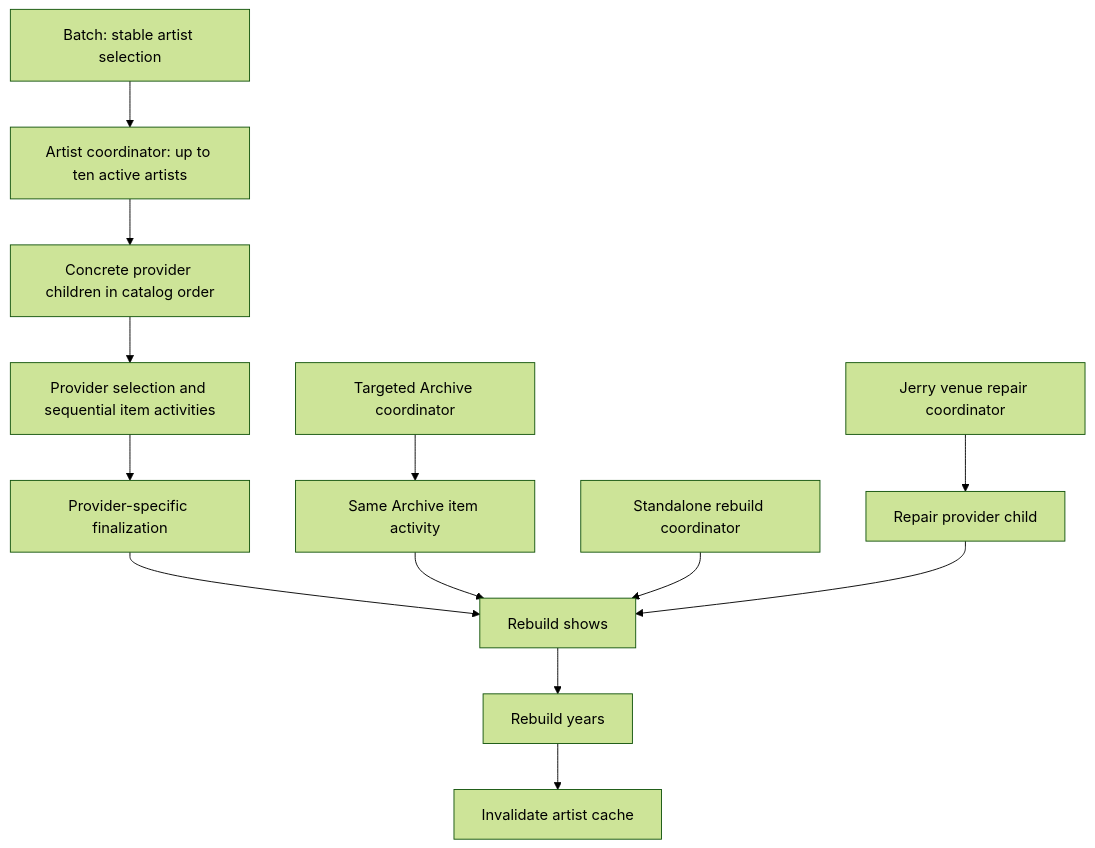
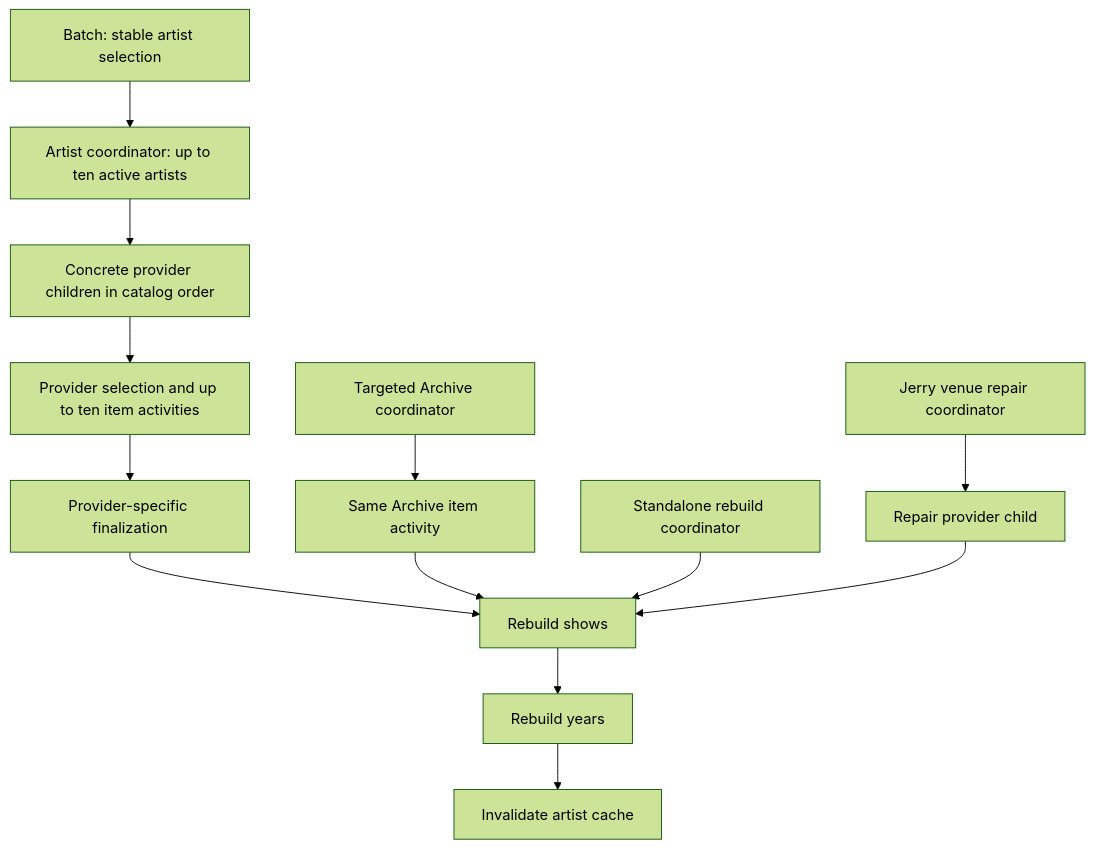
The diagram in docs/temporal/architecture.md (RelistenNet/RelistenApi), drawn with Mermaid (forest theme) before and after one commit. The commit also changed other lines of this file and 19 other files, not shown here.

````diff
--- a/docs/temporal/architecture.md
+++ b/docs/temporal/architecture.md
@@ -5,15 +5,15 @@
 ```mermaid
 flowchart TD
     Batch[Batch: stable artist selection] --> Artist[Artist coordinator: up to ten active artists]
     Artist --> Providers[Concrete provider children in catalog order]
-    Providers --> Steps[Provider selection and sequential item activities]
+    Providers --> Steps[Provider selection and up to ten item activities]
     Steps --> Finalize[Provider-specific finalization]
     Finalize --> Shows[Rebuild shows]
     Shows --> Years[Rebuild years]
     Years --> Cache[Invalidate artist cache]
     Target[Targeted Archive coordinator] --> Item[Same Archive item activity]
     Item --> Shows
     Rebuild[Standalone rebuild coordinator] --> Shows
     Repair[Jerry venue repair coordinator] --> RepairSteps[Repair provider child]
     RepairSteps --> Shows
 ```
````
